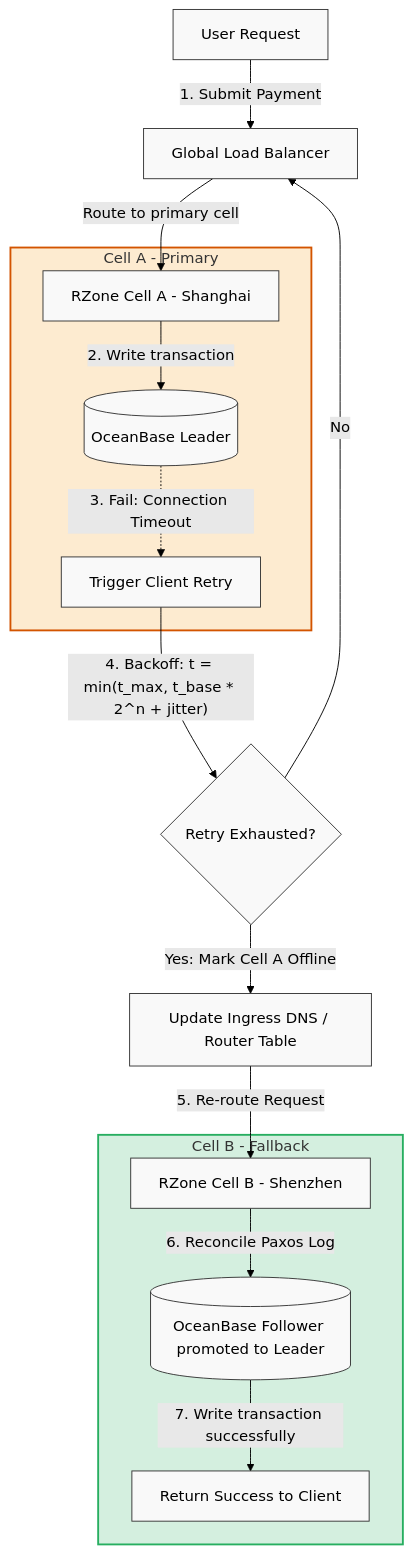
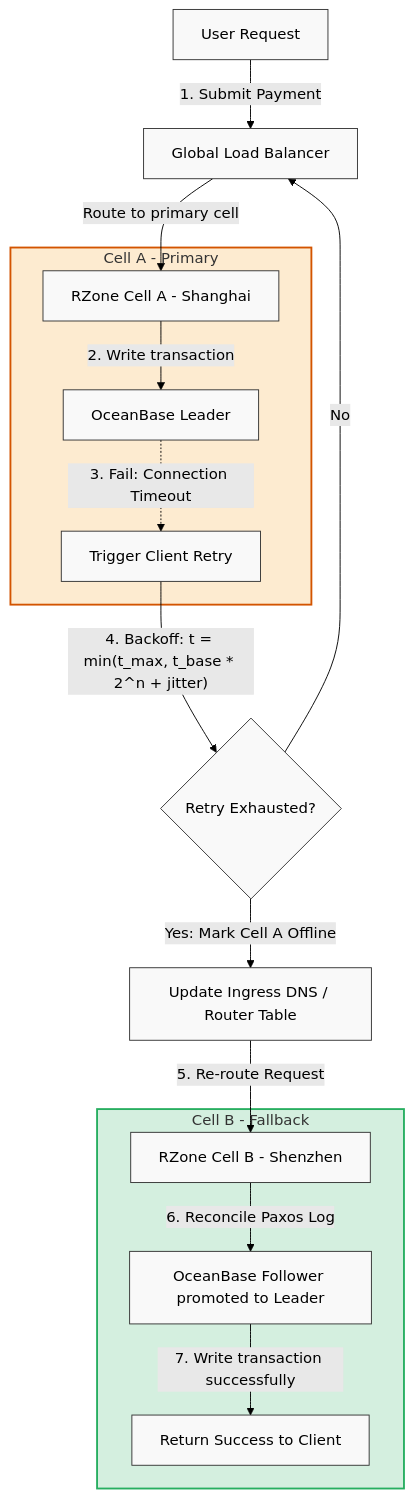
Before and after one commit to vesviet/vesviet: the second of 2 diagrams in content/series/alipay-double-11/phase-5-synthesis.md, drawn with Mermaid (forest theme). The commit also changed other lines of this file and 11 other files, not shown here.

Commit message:
feat(alipay-double-11): upgrade 2027 SOTA series with 100-round deep research, diagrams, and benchmarks

````diff
--- a/content/series/alipay-double-11/phase-5-synthesis.md
+++ b/content/series/alipay-double-11/phase-5-synthesis.md
@@ -69,27 +75,27 @@
 ```mermaid
 graph TD
     User["User Request"] -->|"1. Submit Payment"| GLB["Global Load Balancer"]
     GLB -->|"Route to primary cell"| CellA["RZone Cell A - Shanghai"]
     
     subgraph CellA_Scope ["Cell A - Primary"]
-        CellA -->|"2. Write transaction"| DBA[("OceanBase Leader")]
+        CellA -->|"2. Write transaction"| DBA["OceanBase Leader"]
         DBA -.->|"3. Fail: Connection Timeout"| Fallback["Trigger Client Retry"]
     end
 
     Fallback -->|"4. Backoff: t = min(t_max, t_base * 2^n + jitter)"| RetryLoop{"Retry Exhausted?"}
     RetryLoop -->|"No"| GLB
     RetryLoop -->|"Yes: Mark Cell A Offline"| DNS["Update Ingress DNS / Router Table"]
     
     DNS -->|"5. Re-route Request"| CellB["RZone Cell B - Shenzhen"]
     
     subgraph CellB_Scope ["Cell B - Fallback"]
-        CellB -->|"6. Reconcile Paxos Log"| DBB[("OceanBase Follower promoted to Leader")]
+        CellB -->|"6. Reconcile Paxos Log"| DBB["OceanBase Follower promoted to Leader"]
         DBB -->|"7. Write transaction successfully"| Commit["Return Success to Client"]
     end
 
     classDef default fill:#f9f9f9,stroke:#333,stroke-width:1px;
     classDef failure fill:#fdebd0,stroke:#d35400,stroke-width:2px;
     classDef success fill:#d4efdf,stroke:#27ae60,stroke-width:2px;
     class CellA_Scope failure;
     class CellB_Scope success;
 ```
````
